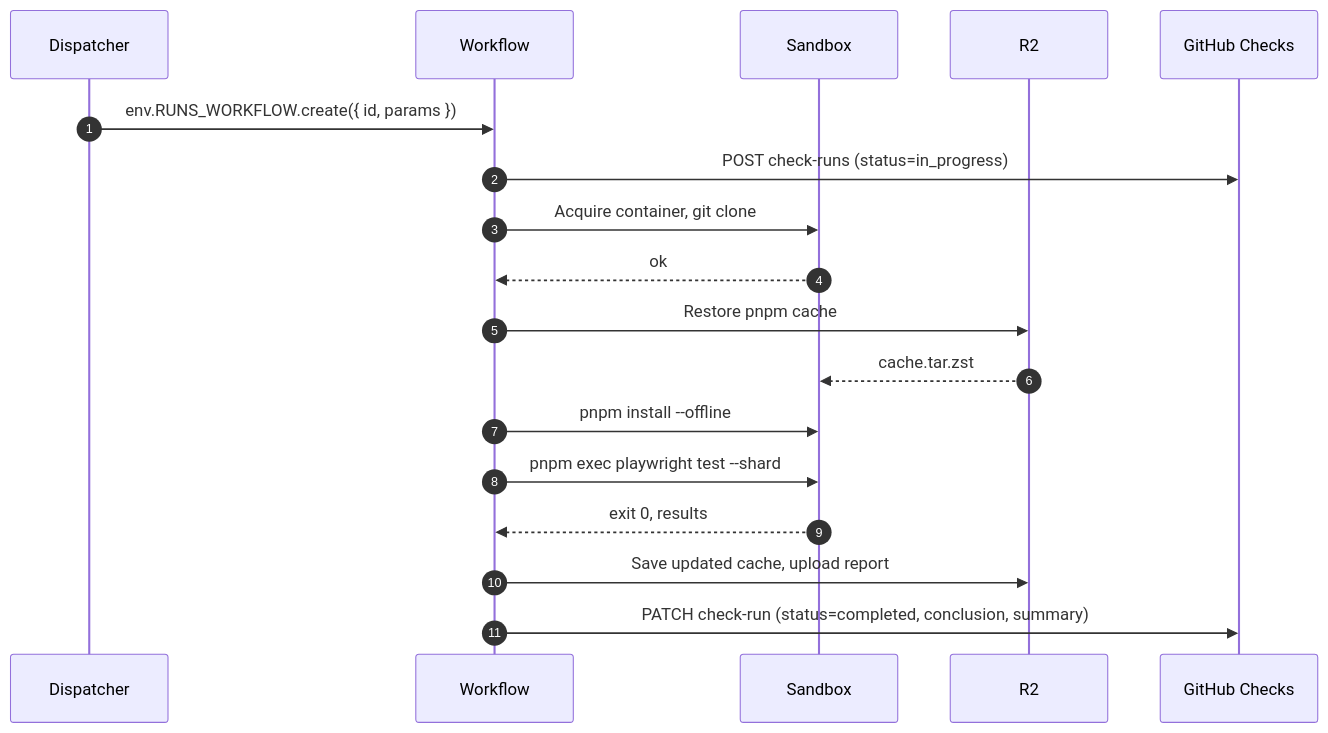
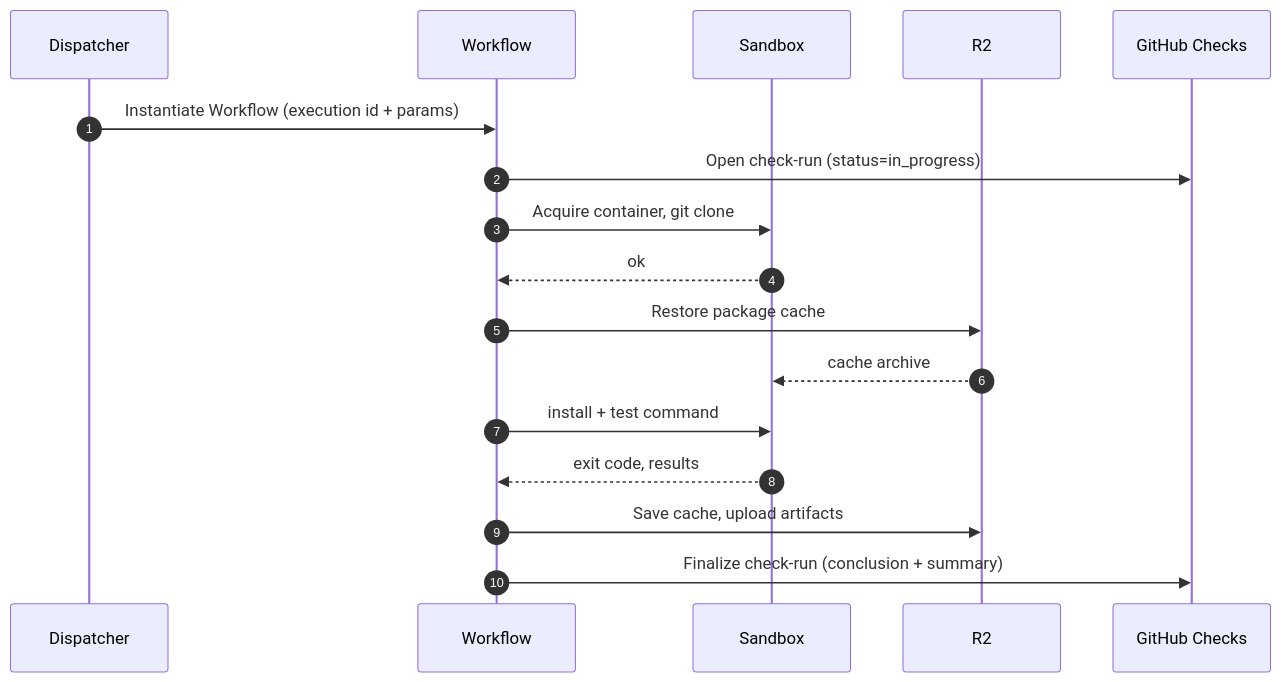
One commit to OpenHackersClub/flare-dispatch changed the second of 3 diagrams in specs/01-architecture.md. Above: the diagram before and after it, drawn with Mermaid. The commit also changed other lines of this file and 15 other files, not shown here.

First line of the commit message:
docs: restructure architecture, add recipes cookbook and pm/

````diff
--- a/specs/01-architecture.md
+++ b/specs/01-architecture.md
@@ -156,21 +124,20 @@
 ```mermaid
 sequenceDiagram
   autonumber
   participant DSP as Dispatcher
   participant WF as Workflow
   participant SB as Sandbox
   participant R2 as R2
   participant GH as GitHub Checks
 
-  DSP->>WF: env.RUNS_WORKFLOW.create({ id, params })
-  WF->>GH: POST check-runs (status=in_progress)
+  DSP->>WF: Instantiate Workflow (execution id + params)
+  WF->>GH: Open check-run (status=in_progress)
   WF->>SB: Acquire container, git clone
   SB-->>WF: ok
-  WF->>R2: Restore pnpm cache
-  R2-->>SB: cache.tar.zst
-  WF->>SB: pnpm install --offline
-  WF->>SB: pnpm exec playwright test --shard
-  SB-->>WF: exit 0, results
-  WF->>R2: Save updated cache, upload report
-  WF->>GH: PATCH check-run (status=completed, conclusion, summary)
+  WF->>R2: Restore package cache
+  R2-->>SB: cache archive
+  WF->>SB: install + test command
+  SB-->>WF: exit code, results
+  WF->>R2: Save cache, upload artifacts
+  WF->>GH: Finalize check-run (conclusion + summary)
 ```
````
